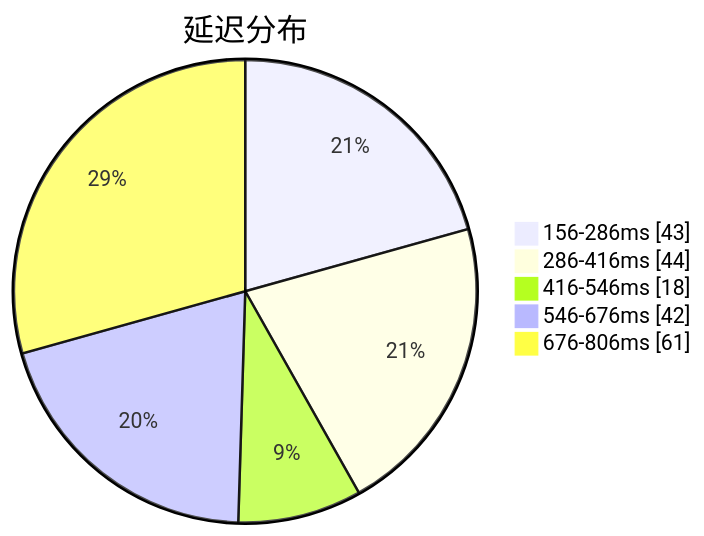
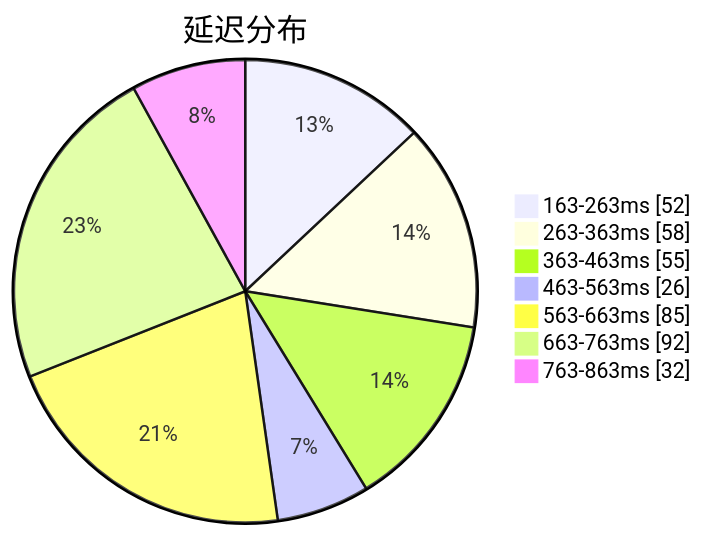
Before and after one commit to qjlxg/airport: the first of 3 diagrams in subs/statistics/tested_within.md, drawn with Mermaid. The commit also changed other lines of this file and 2 other files, not shown here.

````diff
--- a/subs/statistics/tested_within.md
+++ b/subs/statistics/tested_within.md
@@ -2,9 +2,11 @@
 ```mermaid
 pie showData
 title 延迟分布
-"156-286ms" : 43
-"286-416ms" : 44
-"416-546ms" : 18
-"546-676ms" : 42
-"676-806ms" : 61
+"163-263ms" : 52
+"263-363ms" : 58
+"363-463ms" : 55
+"463-563ms" : 26
+"563-663ms" : 85
+"663-763ms" : 92
+"763-863ms" : 32
 ```
````
